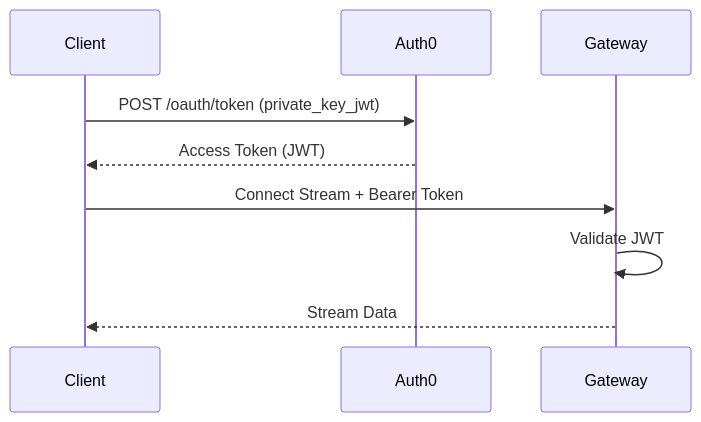
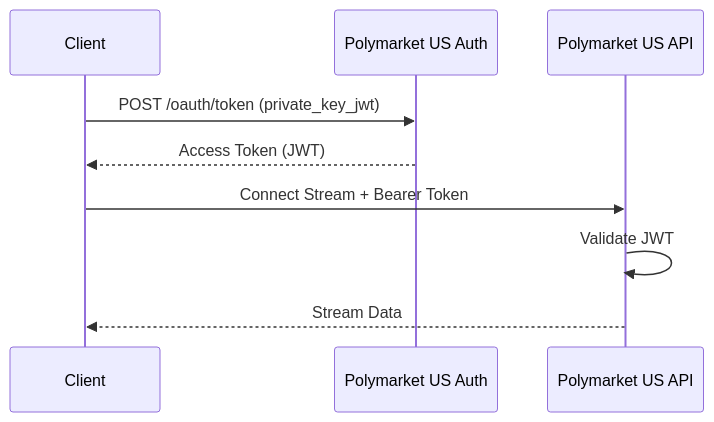
The diagram in connect-api/authentication.mdx (chrisr-a11y/docs), drawn with Mermaid before and after one commit. The commit also changed 1 other file, not shown here.

Commit message:
docs: Fix diagram naming to use Polymarket US, add naming convention
- Update connect-api/authentication.mdx mermaid diagram to use
  "Polymarket US Auth" and "Polymarket US API" instead of "Gateway"
- Add diagram naming convention section to CLAUDE.md
- Update API structure in CLAUDE.md to reflect Connect API tab

🤖 Generated with [Claude Code](https://claude.com/claude-code)

````diff
--- a/connect-api/authentication.mdx
+++ b/connect-api/authentication.mdx
@@ -12,12 +12,12 @@
 ```mermaid
 sequenceDiagram
     participant Client
-    participant Auth0
-    participant Gateway
+    participant Auth as Polymarket US Auth
+    participant API as Polymarket US API
 
-    Client->>Auth0: POST /oauth/token (private_key_jwt)
-    Auth0-->>Client: Access Token (JWT)
-    Client->>Gateway: Connect Stream + Bearer Token
-    Gateway->>Gateway: Validate JWT
-    Gateway-->>Client: Stream Data
+    Client->>Auth: POST /oauth/token (private_key_jwt)
+    Auth-->>Client: Access Token (JWT)
+    Client->>API: Connect Stream + Bearer Token
+    API->>API: Validate JWT
+    API-->>Client: Stream Data
 ```
````
